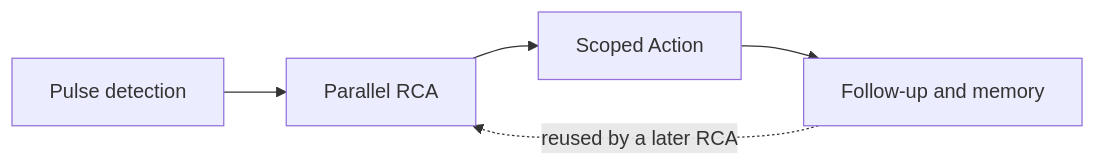
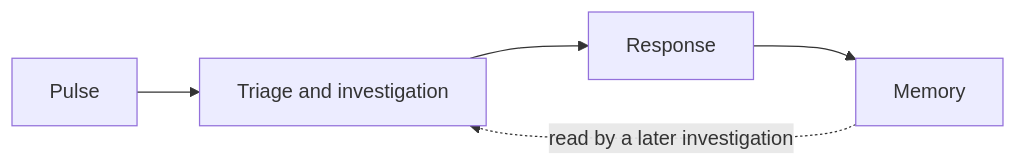
Before and after one commit to nhat-tranvan/docs: the diagram in guide/incident/overview.mdx, drawn with Mermaid. The commit also changed other lines of this file and 236 other files, not shown here.

````diff
--- a/guide/incident/overview.mdx
+++ b/guide/incident/overview.mdx
@@ -18,7 +17,7 @@
 ```mermaid
 flowchart LR
-    A[Pulse detection] --> B[Parallel RCA]
-    B --> C[Scoped Action]
-    C --> D[Follow-up and memory]
-    D -. "reused by a later RCA" .-> B
+    A[Pulse] --> B[Triage and investigation]
+    B --> C[Response]
+    C --> D[Memory]
+    D -. "read by a later investigation" .-> B
 ```
````
